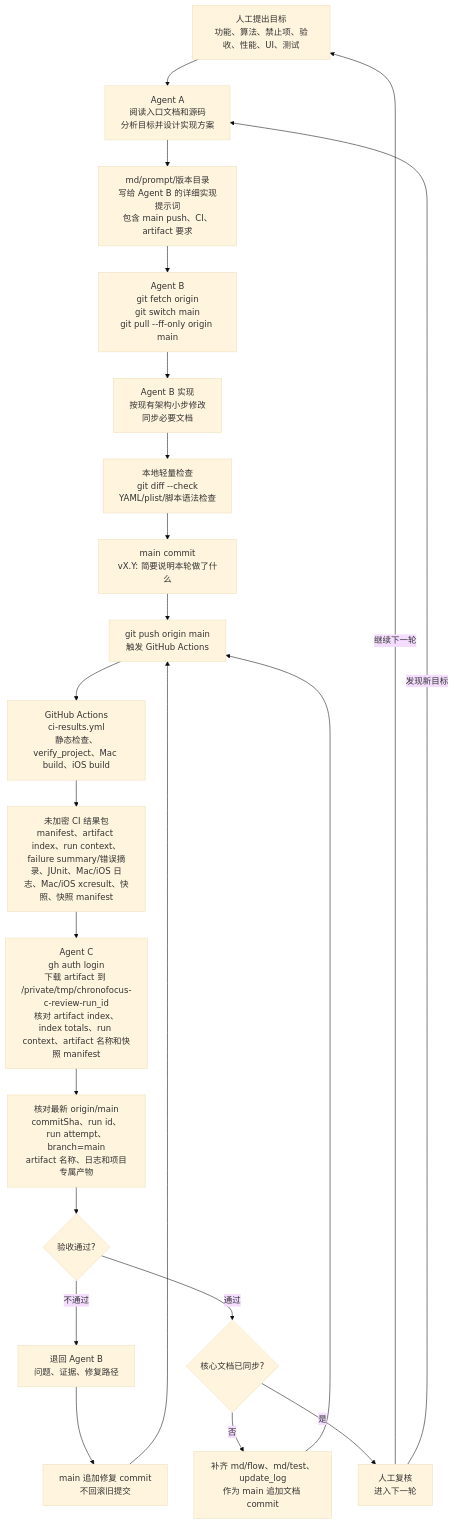
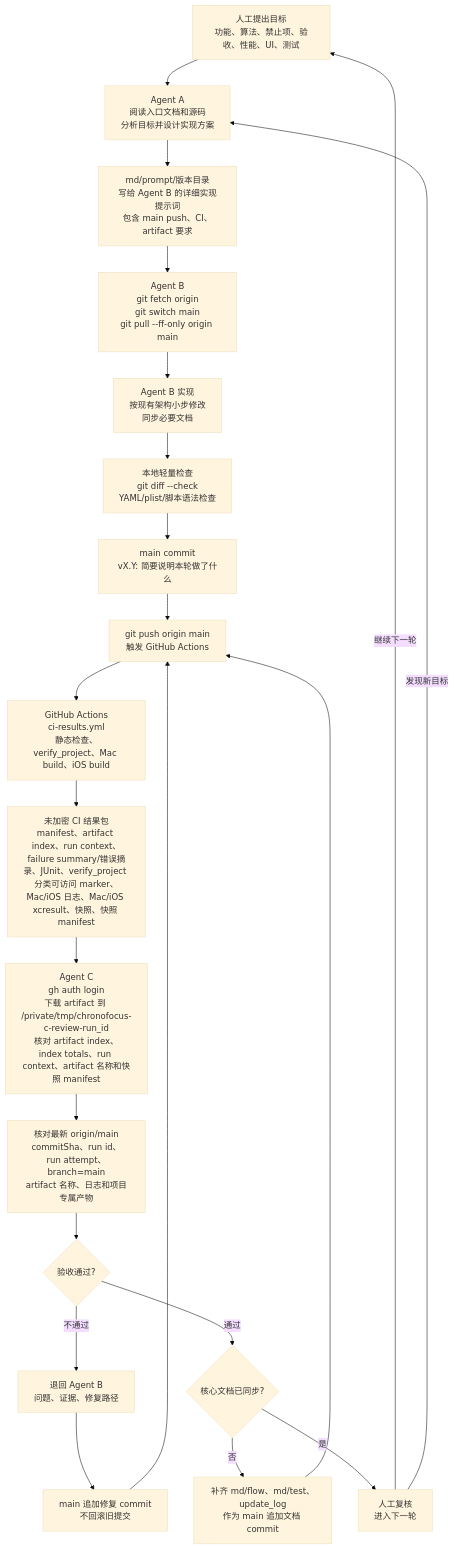
Before and after one commit to Altman-sam114/114: the fifth of 6 diagrams in md/flow/flowchart.md, drawn with Mermaid (base theme). The commit also changed other lines of this file and 7 other files, not shown here.

````diff
--- a/md/flow/flowchart.md
+++ b/md/flow/flowchart.md
@@ -102,24 +102,24 @@
 ```mermaid
 flowchart TD
   H["人工提出目标<br/>功能、算法、禁止项、验收、性能、UI、测试"] --> A["Agent A<br/>阅读入口文档和源码<br/>分析目标并设计实现方案"]
   A --> P["md/prompt/版本目录<br/>写给 Agent B 的详细实现提示词<br/>包含 main push、CI、artifact 要求"]
   P --> B0["Agent B<br/>git fetch origin<br/>git switch main<br/>git pull --ff-only origin main"]
   B0 --> B1["Agent B 实现<br/>按现有架构小步修改<br/>同步必要文档"]
   B1 --> L["本地轻量检查<br/>git diff --check<br/>YAML/plist/脚本语法检查"]
   L --> G["main commit<br/>vX.Y: 简要说明本轮做了什么"]
   G --> PUSH["git push origin main<br/>触发 GitHub Actions"]
   PUSH --> CI["GitHub Actions<br/>ci-results.yml<br/>静态检查、verify_project、Mac build、iOS build"]
-  CI --> ART["未加密 CI 结果包<br/>manifest、artifact index、run context、failure summary/错误摘录、JUnit、Mac/iOS 日志、Mac/iOS xcresult、快照、快照 manifest"]
+  CI --> ART["未加密 CI 结果包<br/>manifest、artifact index、run context、failure summary/错误摘录、JUnit、verify_project 分类可访问 marker、Mac/iOS 日志、Mac/iOS xcresult、快照、快照 manifest"]
   ART --> C["Agent C<br/>gh auth login<br/>下载 artifact 到 /private/tmp/chronofocus-c-review-run_id<br/>核对 artifact index、index totals、run context、artifact 名称和快照 manifest"]
   C --> V["核对最新 origin/main<br/>commitSha、run id、run attempt、branch=main<br/>artifact 名称、日志和项目专属产物"]
   V --> PASS{"验收通过?"}
   PASS -->|不通过| BACK["退回 Agent B<br/>问题、证据、修复路径"]
   BACK --> FIX["main 追加修复 commit<br/>不回滚旧提交"]
   FIX --> PUSH
   PASS -->|通过| DOC{"核心文档已同步?"}
   DOC -->|否| D["补齐 md/flow、md/test、update_log<br/>作为 main 追加文档 commit"]
   D --> PUSH
   DOC -->|是| J["人工复核<br/>进入下一轮"]
   J -->|继续下一轮| H
   J -->|发现新目标| A
 ```
````
